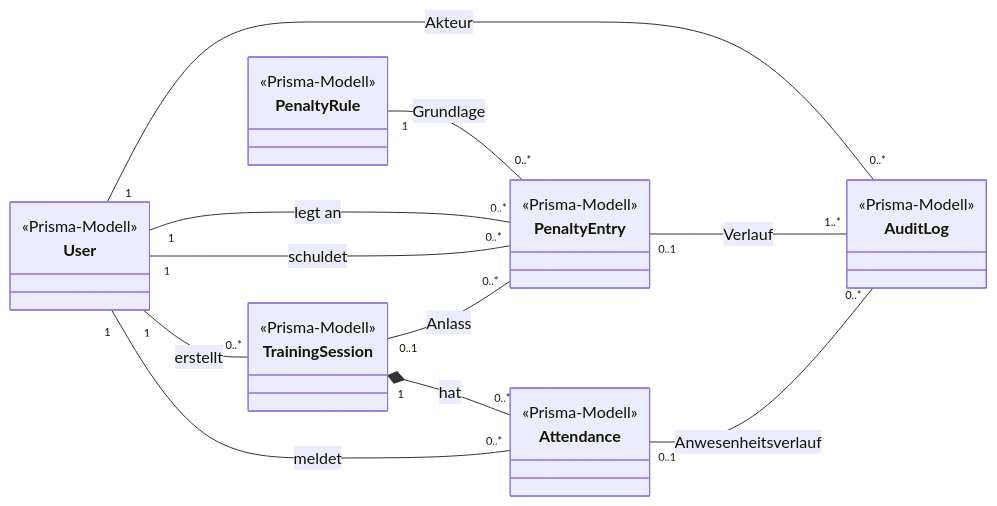
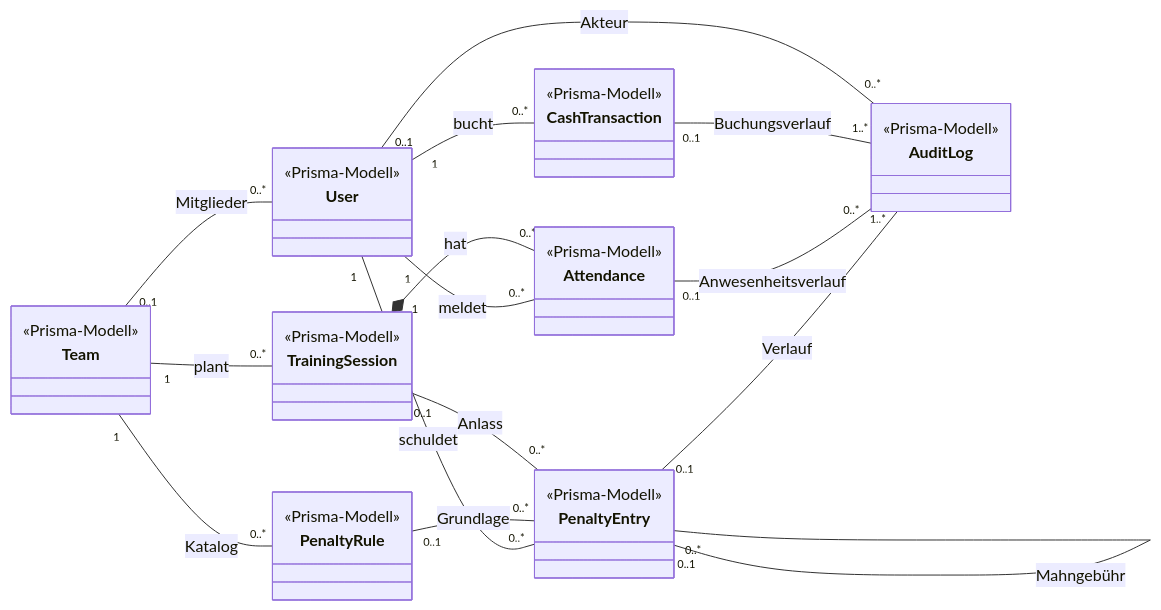
The first of 3 diagrams in docs/architektur/klassendiagramm.md (squadhq-team/squadhq-team), drawn with Mermaid before and after one commit. The commit also changed other lines of this file and 13 other files, not shown here.

First line of the commit message:
Doku und Diagramme an Teams, Rollen und neue Features angepasst

````diff
--- a/docs/architektur/klassendiagramm.md
+++ b/docs/architektur/klassendiagramm.md
@@ -11,33 +11,43 @@
 ```mermaid
 classDiagram
   direction LR
+  class Team {
+    <<Prisma-Modell>>
+  }
   class User {
     <<Prisma-Modell>>
   }
   class TrainingSession {
     <<Prisma-Modell>>
   }
   class Attendance {
     <<Prisma-Modell>>
   }
   class PenaltyRule {
     <<Prisma-Modell>>
   }
   class PenaltyEntry {
     <<Prisma-Modell>>
   }
+  class CashTransaction {
+    <<Prisma-Modell>>
+  }
   class AuditLog {
     <<Prisma-Modell>>
   }
 
+  Team "0..1" -- "0..*" User : Mitglieder
+  Team "1" -- "0..*" TrainingSession : plant
+  Team "1" -- "0..*" PenaltyRule : Katalog
   User "1" -- "0..*" Attendance : meldet
   TrainingSession "1" *-- "0..*" Attendance : hat
-  User "1" -- "0..*" TrainingSession : erstellt
   User "1" -- "0..*" PenaltyEntry : schuldet
-  User "1" -- "0..*" PenaltyEntry : legt an
-  PenaltyRule "1" -- "0..*" PenaltyEntry : Grundlage
+  PenaltyRule "0..1" -- "0..*" PenaltyEntry : Grundlage
   TrainingSession "0..1" -- "0..*" PenaltyEntry : Anlass
+  PenaltyEntry "0..1" -- "0..*" PenaltyEntry : Mahngebühr
+  User "1" -- "0..*" CashTransaction : bucht
   PenaltyEntry "0..1" -- "1..*" AuditLog : Verlauf
   Attendance "0..1" -- "0..*" AuditLog : Anwesenheitsverlauf
-  User "1" -- "0..*" AuditLog : Akteur
+  CashTransaction "0..1" -- "1..*" AuditLog : Buchungsverlauf
+  User "0..1" -- "0..*" AuditLog : Akteur
 ```
````
